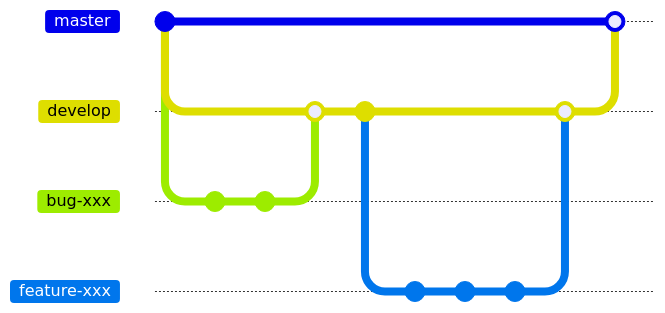
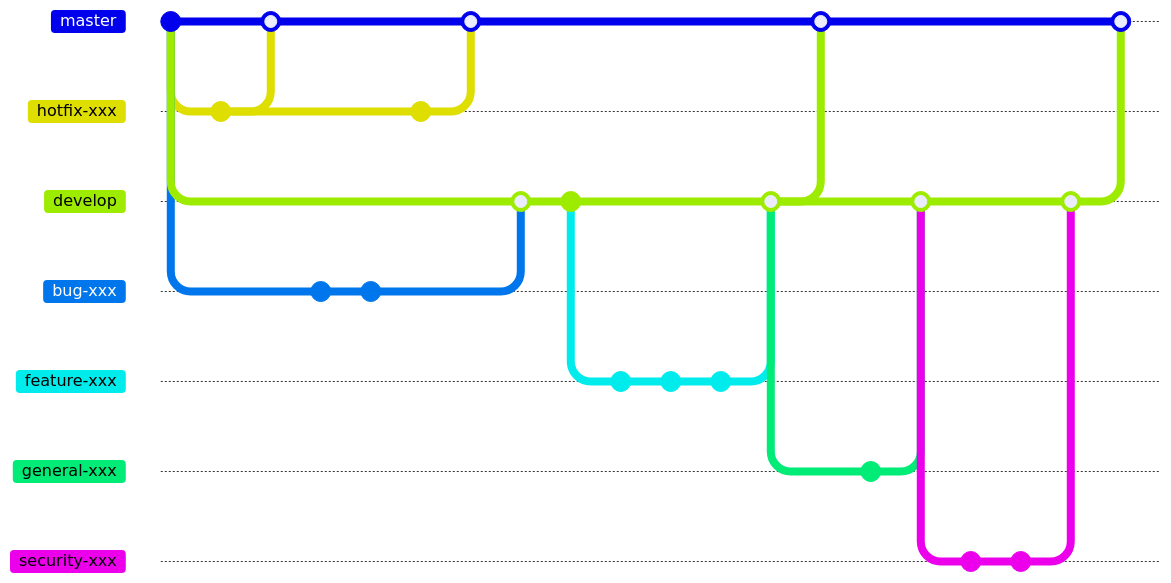
The diagram in Processes/01_Development.md (Karaka-Management/Organization-Guide), drawn with Mermaid before and after one commit. The commit also changed other lines of this file and 5 other files, not shown here. Commit ids are hidden.

````diff
--- a/Processes/01_Development.md
+++ b/Processes/01_Development.md
@@ -109,20 +111,44 @@
 ```mermaid
 %%{init: { 'gitGraph': {'mainBranchName': 'master'}} }%%
     gitGraph
        commit
+       branch hotfix-xxx
+       commit
+       checkout master
        branch develop
+       checkout master
+       merge hotfix-xxx
+       checkout develop
        branch bug-xxx
        commit
        commit
+       checkout hotfix-xxx
+       commit
+       checkout master
+       merge hotfix-xxx
        checkout develop
        merge bug-xxx
        commit
+       checkout develop
        branch feature-xxx
        commit
        commit
        commit
        checkout develop
        merge feature-xxx
        checkout master
        merge develop
+       checkout develop
+       branch general-xxx
+       commit
+       checkout develop
+       merge general-xxx
+       branch security-xxx
+       commit
+       commit
+       checkout develop
+       merge security-xxx
+       checkout master
+       merge develop
+       
 ```
````
